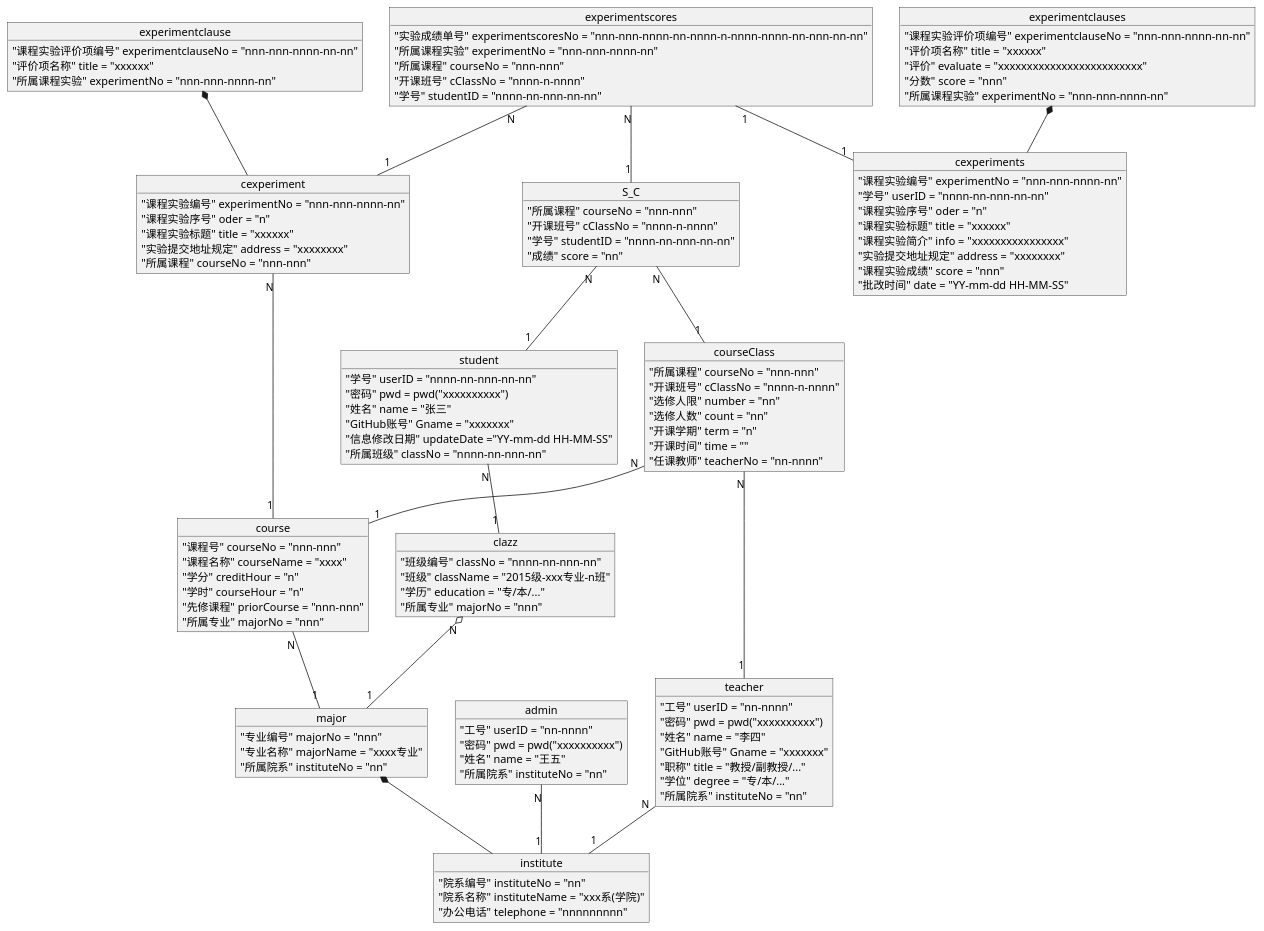
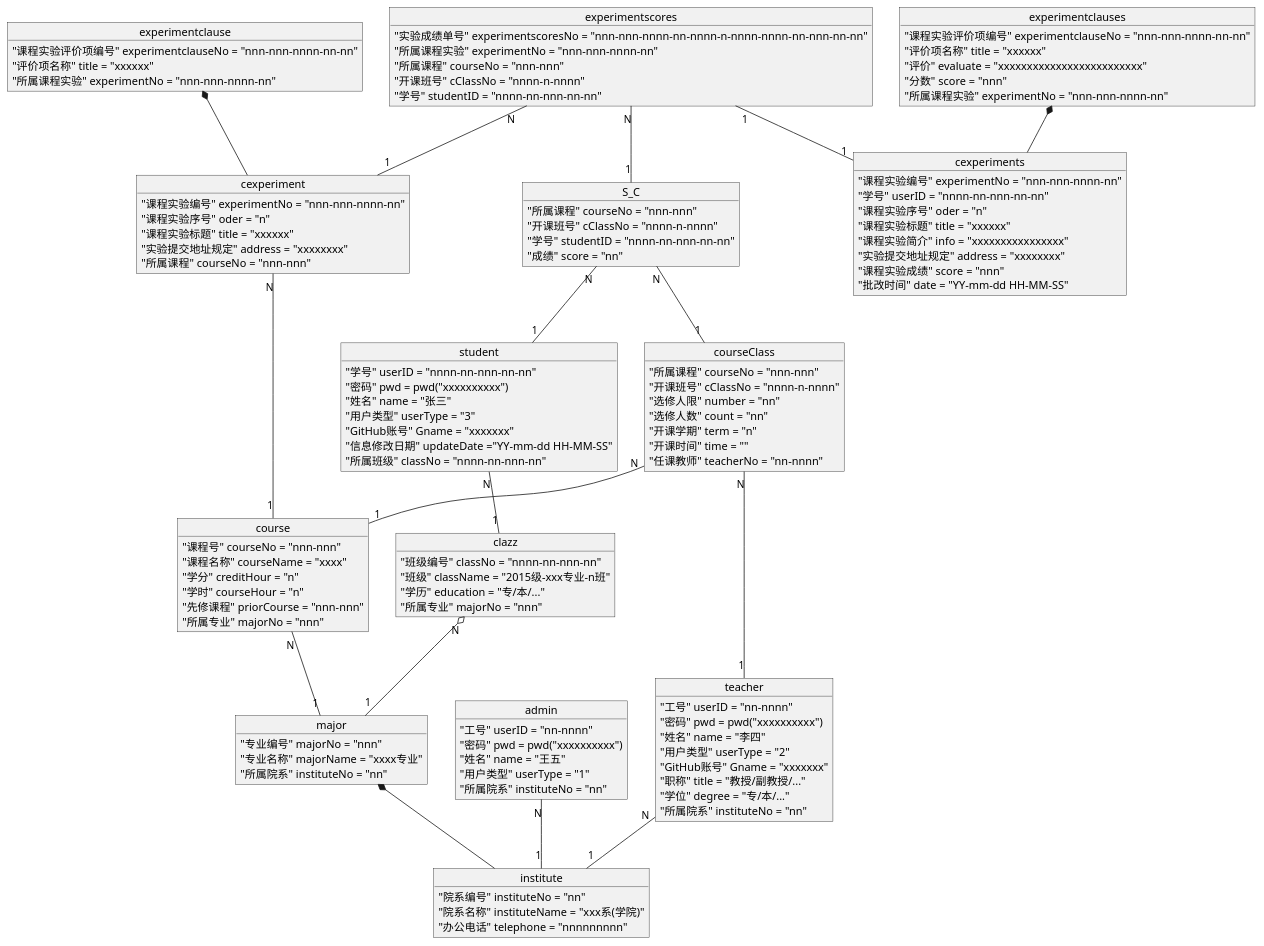
Before and after one commit to 201610414130/is_analysis-4: the diagram in test6/objectMView.pu, drawn with PlantUML. The commit also changed 7 other files, not shown here.

```diff
--- a/test6/objectMView.pu
+++ b/test6/objectMView.pu
@@ -1,126 +1,129 @@
 @startuml 对象图-总
 object student{
     "学号" userID = "nnnn-nn-nnn-nn-nn"
     "密码" pwd = pwd("xxxxxxxxxx")
     "姓名" name = "张三"
+    "用户类型" userType = "3"
     "GitHub账号" Gname = "xxxxxxx"
     "信息修改日期" updateDate ="YY-mm-dd HH-MM-SS"
     "所属班级" classNo = "nnnn-nn-nnn-nn"
 }
 
 object teacher{
     "工号" userID = "nn-nnnn"
     "密码" pwd = pwd("xxxxxxxxxx")
     "姓名" name = "李四"
+    "用户类型" userType = "2"
     "GitHub账号" Gname = "xxxxxxx"
     "职称" title = "教授/副教授/..."
     "学位" degree = "专/本/..."
     "所属院系" instituteNo = "nn"
 }
 
 object admin{
     "工号" userID = "nn-nnnn"
     "密码" pwd = pwd("xxxxxxxxxx")
     "姓名" name = "王五"
+    "用户类型" userType = "1"
     "所属院系" instituteNo = "nn"
 }
 
 object clazz{
     "班级编号" classNo = "nnnn-nn-nnn-nn"
     "班级" className = "2015级-xxx专业-n班"
     "学历" education = "专/本/..."
     "所属专业" majorNo = "nnn"
 }
 
 object major{
     "专业编号" majorNo = "nnn"
     "专业名称" majorName = "xxxx专业"
     "所属院系" instituteNo = "nn"
 }
 
 object institute{
     "院系编号" instituteNo = "nn"
     "院系名称" instituteName = "xxx系(学院)"
     "办公电话" telephone = "nnnnnnnnn"
 }
 
 object cexperiment{
     "课程实验编号" experimentNo = "nnn-nnn-nnnn-nn"
     "课程实验序号" oder = "n"
     "课程实验标题" title = "xxxxxx"
     "实验提交地址规定" address = "xxxxxxxx"
     "所属课程" courseNo = "nnn-nnn"
 }
 object experimentclause{
     "课程实验评价项编号" experimentclauseNo = "nnn-nnn-nnnn-nn-nn"
     "评价项名称" title = "xxxxxx"
     "所属课程实验" experimentNo = "nnn-nnn-nnnn-nn"
 }
 
 object cexperiments{
     "课程实验编号" experimentNo = "nnn-nnn-nnnn-nn"
     "学号" userID = "nnnn-nn-nnn-nn-nn"
     "课程实验序号" oder = "n"
     "课程实验标题" title = "xxxxxx"
     "课程实验简介" info = "xxxxxxxxxxxxxxxx"
     "实验提交地址规定" address = "xxxxxxxx"
     "课程实验成绩" score = "nnn"
     "批改时间" date = "YY-mm-dd HH-MM-SS"
 }
 object experimentclauses{
     "课程实验评价项编号" experimentclauseNo = "nnn-nnn-nnnn-nn-nn"
     "评价项名称" title = "xxxxxx"
     "评价" evaluate = "xxxxxxxxxxxxxxxxxxxxxxxxx"
     "分数" score = "nnn"
     "所属课程实验" experimentNo = "nnn-nnn-nnnn-nn"
 }
 
 object course{
     "课程号" courseNo = "nnn-nnn"
     "课程名称" courseName = "xxxx"
     "学分" creditHour = "n"
     "学时" courseHour = "n"
     "先修课程" priorCourse = "nnn-nnn"
     "所属专业" majorNo = "nnn"
 }
 
 object courseClass{
     "所属课程" courseNo = "nnn-nnn"
     "开课班号" cClassNo = "nnnn-n-nnnn"
     "选修人限" number = "nn"
     "选修人数" count = "nn"
     "开课学期" term = "n"
     "开课时间" time = ""
     "任课教师" teacherNo = "nn-nnnn"
 }
 
 object S_C{
     "所属课程" courseNo = "nnn-nnn"
     "开课班号" cClassNo = "nnnn-n-nnnn"
     "学号" studentID = "nnnn-nn-nnn-nn-nn"
     "成绩" score = "nn"
 }
 object experimentscores{
     "实验成绩单号" experimentscoresNo = "nnn-nnn-nnnn-nn-nnnn-n-nnnn-nnnn-nn-nnn-nn-nn"
     "所属课程实验" experimentNo = "nnn-nnn-nnnn-nn"
     "所属课程" courseNo = "nnn-nnn"
     "开课班号" cClassNo = "nnnn-n-nnnn"
     "学号" studentID = "nnnn-nn-nnn-nn-nn"
 }
 student "N" -- "1" clazz
 clazz "N" o-- "1" major
 major *-- institute
 teacher "N" -- "1" institute
 admin "N" -- "1" institute
 S_C "N" -- "1" student
 S_C "N" -- "1" courseClass
 courseClass "N" -- "1" course
 courseClass "N" -- "1" teacher
 course "N" -- "1" major
 experimentclause *-- cexperiment
 cexperiment "N" -- "1" course
 experimentscores "N" -- "1" S_C
 experimentscores "N" -- "1" cexperiment
 experimentclauses *-- cexperiments
 experimentscores "1"--"1" cexperiments
 @enduml
```
